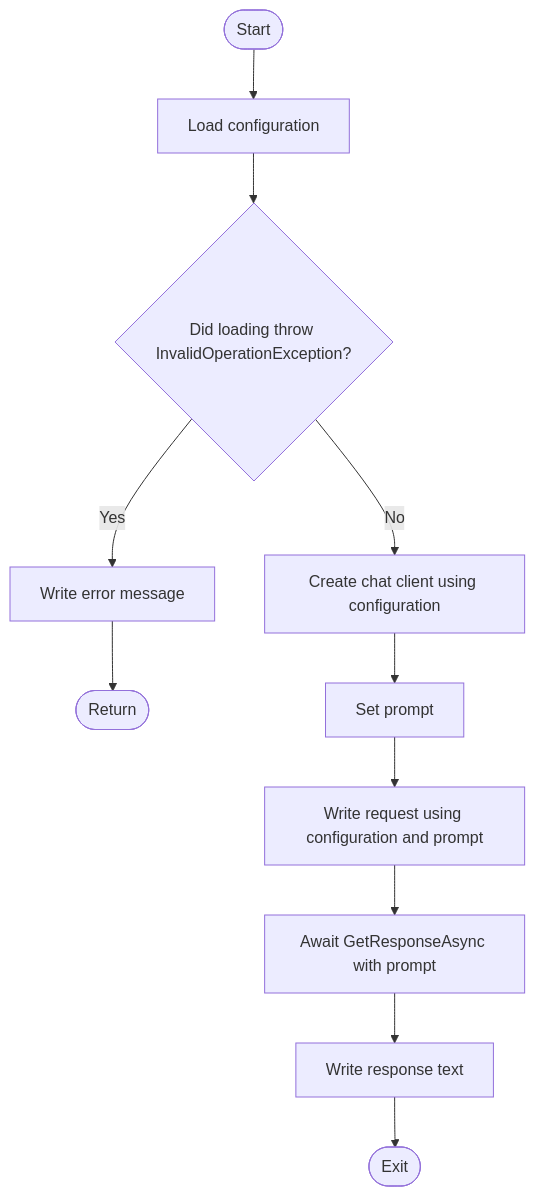
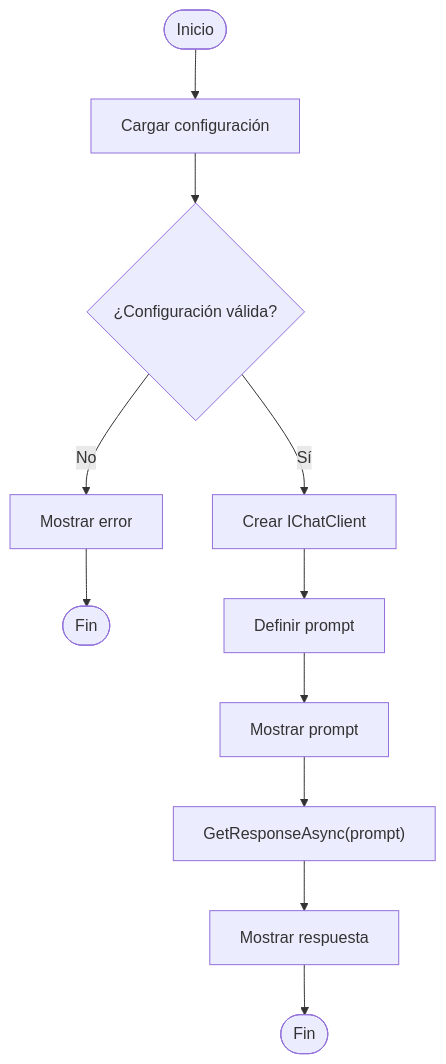
One commit to danielcalvindeveloper/dac-learning-ai-dotnet changed the diagram in labs/lab-01-hello-llm/Program.cs.mmd. Above: the diagram before and after it, drawn with Mermaid. The commit also changed 11 other files, not shown here.

```diff
--- a/labs/lab-01-hello-llm/Program.cs.mmd
+++ b/labs/lab-01-hello-llm/Program.cs.mmd
@@ -1,16 +1,15 @@
 ---
 references:
   - "File: /labs/lab-01-hello-llm/Program.cs"
-generationTime: 2026-10-03T13:33:15.291Z
 ---
 flowchart TD
-    A(["Start"]) --> B["Load configuration"]
-    B --> C{"Did loading throw InvalidOperationException?"}
-    C -->|Yes| D["Write error message"]
-    D --> E(["Return"])
-    C -->|No| F["Create chat client using configuration"]
-    F --> G["Set prompt"]
-    G --> H["Write request using configuration and prompt"]
-    H --> I["Await GetResponseAsync with prompt"]
-    I --> J["Write response text"]
-    J --> K(["Exit"])
+    A(["Inicio"]) --> B["Cargar configuración"]
+    B --> C{"¿Configuración válida?"}
+    C -->|No| D["Mostrar error"]
+    D --> E(["Fin"])
+    C -->|Sí| F["Crear IChatClient"]
+    F --> G["Definir prompt"]
+    G --> H["Mostrar prompt"]
+    H --> I["GetResponseAsync(prompt)"]
+    I --> J["Mostrar respuesta"]
+    J --> K(["Fin"])
```
